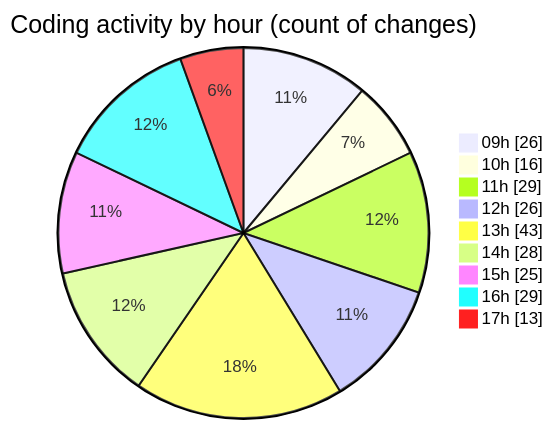
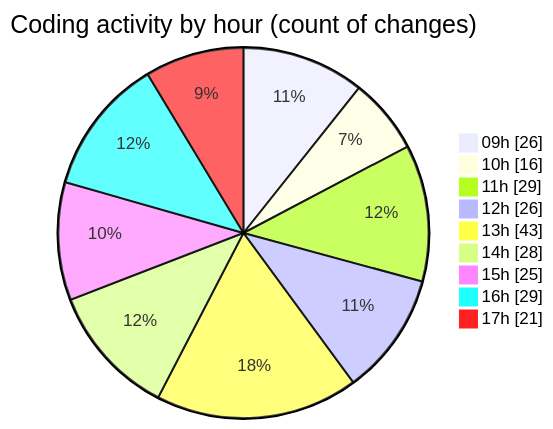
Before and after one commit to momahboobian/code-tracking: the second of 2 diagrams in 2025-11-17/cda/README.md, drawn with Mermaid. The commit also changed other lines of this file and 1 other file, not shown here.

````diff
--- a/2025-11-17/cda/README.md
+++ b/2025-11-17/cda/README.md
@@ -44,13 +44,13 @@
 ```mermaid
 pie showData
 title Coding activity by hour (count of changes)
 "09h" : 26
 "10h" : 16
 "11h" : 29
 "12h" : 26
 "13h" : 43
 "14h" : 28
 "15h" : 25
 "16h" : 29
-"17h" : 13
+"17h" : 21
 ```
````
